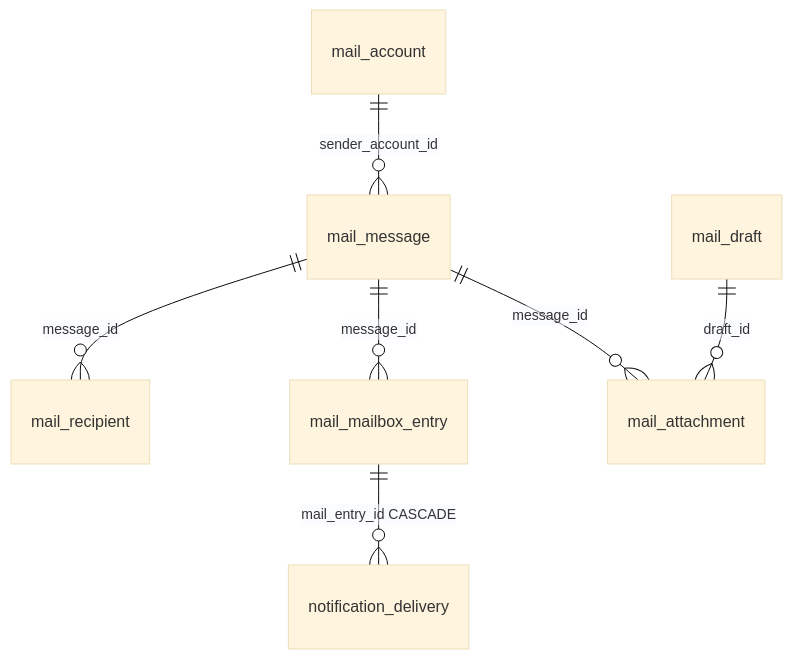
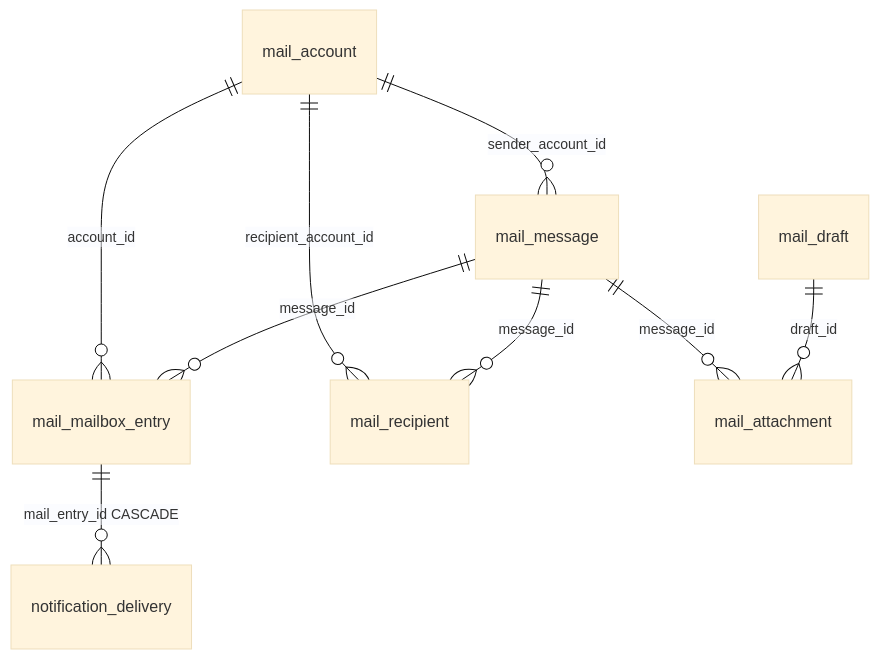
The third of 3 diagrams in sroyio-portfolio/docs/erd/overview.md (development-juhong/portfolio), drawn with Mermaid (base theme) before and after one commit. The commit also changed other lines of this file and 7 other files, not shown here.

````diff
--- a/sroyio-portfolio/docs/erd/overview.md
+++ b/sroyio-portfolio/docs/erd/overview.md
@@ -42,9 +42,11 @@
 ```mermaid
 erDiagram
     mail_account ||--o{ mail_message : "sender_account_id"
+    mail_account ||--o{ mail_mailbox_entry : "account_id"
+    mail_account ||--o{ mail_recipient : "recipient_account_id"
     mail_message ||--o{ mail_recipient : "message_id"
     mail_message ||--o{ mail_mailbox_entry : "message_id"
     mail_message ||--o{ mail_attachment : "message_id"
     mail_draft ||--o{ mail_attachment : "draft_id"
     mail_mailbox_entry ||--o{ notification_delivery : "mail_entry_id CASCADE"
 ```
````
